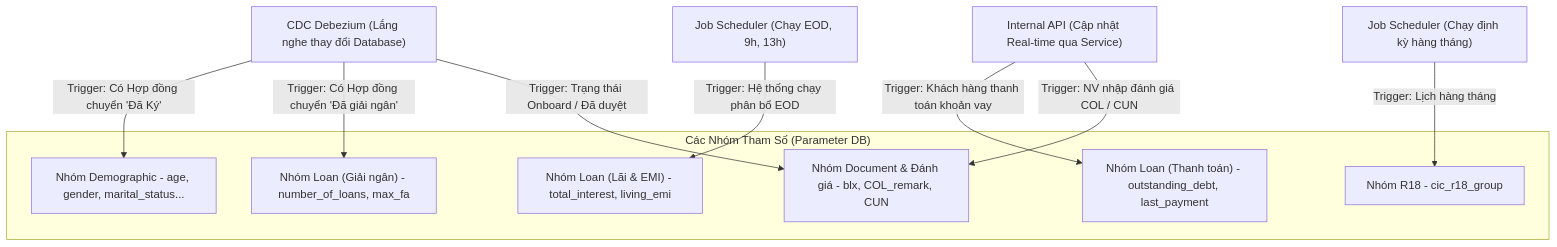
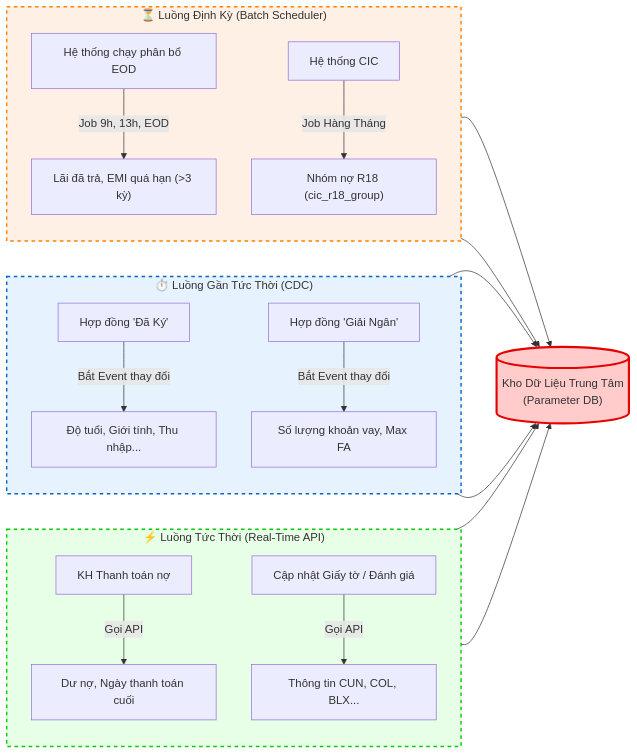
The third of 4 diagrams in cle/credit_limit_engine_design.md (quangha9797/hdss-docs), drawn with Mermaid before and after one commit. The commit also changed other lines of this file, not shown here.

````diff
--- a/cle/credit_limit_engine_design.md
+++ b/cle/credit_limit_engine_design.md
@@ -178,33 +181,38 @@
 ```mermaid
-flowchart TD
-    %% Định nghĩa các giải pháp cập nhật (Data Ingestion Mechanisms)
-    CDC["CDC Debezium (Lắng nghe thay đổi Database)"]
-    API["Internal API (Cập nhật Real-time qua Service)"]
-    EOD["Job Scheduler (Chạy EOD, 9h, 13h)"]
-    Monthly["Job Scheduler (Chạy định kỳ hàng tháng)"]
-
-    %% Định nghĩa các nhóm tham số lưu trữ
-    subgraph Params["Các Nhóm Tham Số (Parameter DB)"]
-        D_Demo["Nhóm Demographic - age, gender, marital_status..."]
-        D_LoanDisburse["Nhóm Loan (Giải ngân) - number_of_loans, max_fa"]
-        D_LoanPay["Nhóm Loan (Thanh toán) - outstanding_debt, last_payment"]
-        D_LoanEOD["Nhóm Loan (Lãi & EMI) - total_interest, living_emi"]
-        D_Review["Nhóm Document & Đánh giá - blx, COL_remark, CUN"]
-        D_CIC["Nhóm R18 - cic_r18_group"]
+flowchart LR
+    %% Định nghĩa các luồng theo SLA
+    subgraph SLA_RealTime["⚡ Luồng Tức Thời (Real-Time API)"]
+        direction TB
+        R1["KH Thanh toán nợ"] --> |Gọi API| R2["Dư nợ, Ngày thanh toán cuối"]
+        R3["Cập nhật Giấy tờ / Đánh giá"] --> |Gọi API| R4["Thông tin CUN, COL, BLX..."]
     end
 
-    %% Các luồng cập nhật dữ liệu (Data Flows)
+    subgraph SLA_NearRealTime["⏱️ Luồng Gần Tức Thời (CDC)"]
+        direction TB
+        N1["Hợp đồng 'Đã Ký'"] --> |Bắt Event thay đổi| N2["Độ tuổi, Giới tính, Thu nhập..."]
+        N3["Hợp đồng 'Giải Ngân'"] --> |Bắt Event thay đổi| N4["Số lượng khoản vay, Max FA"]
+    end
+
+    subgraph SLA_Batch["⏳ Luồng Định Kỳ (Batch Scheduler)"]
+        direction TB
+        B1["Hệ thống chạy phân bổ EOD"] --> |Job 9h, 13h, EOD| B2["Lãi đã trả, EMI quá hạn (>3 kỳ)"]
+        B3["Hệ thống CIC"] --> |Job Hàng Tháng| B4["Nhóm nợ R18 (cic_r18_group)"]
+    end
+
+    %% Database Trung Tâm
+    DB[("Kho Dữ Liệu Trung Tâm\n(Parameter DB)")]
+
+    %% Nối các luồng vào DB
+    R2 --> DB
+    R4 --> DB
+    N2 --> DB
+    N4 --> DB
+    B2 --> DB
+    B4 --> DB
     
-    %% Luồng CDC
-    CDC -->|Trigger: Có Hợp đồng chuyển 'Đã Ký'| D_Demo
-    CDC -->|Trigger: Có Hợp đồng chuyển 'Đã giải ngân'| D_LoanDisburse
-    CDC -->|Trigger: Trạng thái Onboard / Đã duyệt| D_Review
-
-    %% Luồng API Real-time
-    API -->|Trigger: Khách hàng thanh toán khoản vay| D_LoanPay
-    API -->|Trigger: NV nhập đánh giá COL / CUN| D_Review
-    
-    %% Luồng Batch / EOD
-    EOD -->|Trigger: Hệ thống chạy phân bổ EOD| D_LoanEOD
-    Monthly -->|Trigger: Lịch hàng tháng| D_CIC
+    %% Phủ màu để tăng tính chuyên nghiệp khi trình bày
+    style DB fill:#ffcccb,stroke:#e60000,stroke-width:3px
+    style SLA_RealTime fill:#e6ffe6,stroke:#00cc00,stroke-width:2px,stroke-dasharray: 5 5
+    style SLA_NearRealTime fill:#e6f3ff,stroke:#0066cc,stroke-width:2px,stroke-dasharray: 5 5
+    style SLA_Batch fill:#fff0e6,stroke:#ff8000,stroke-width:2px,stroke-dasharray: 5 5
 ```
````
